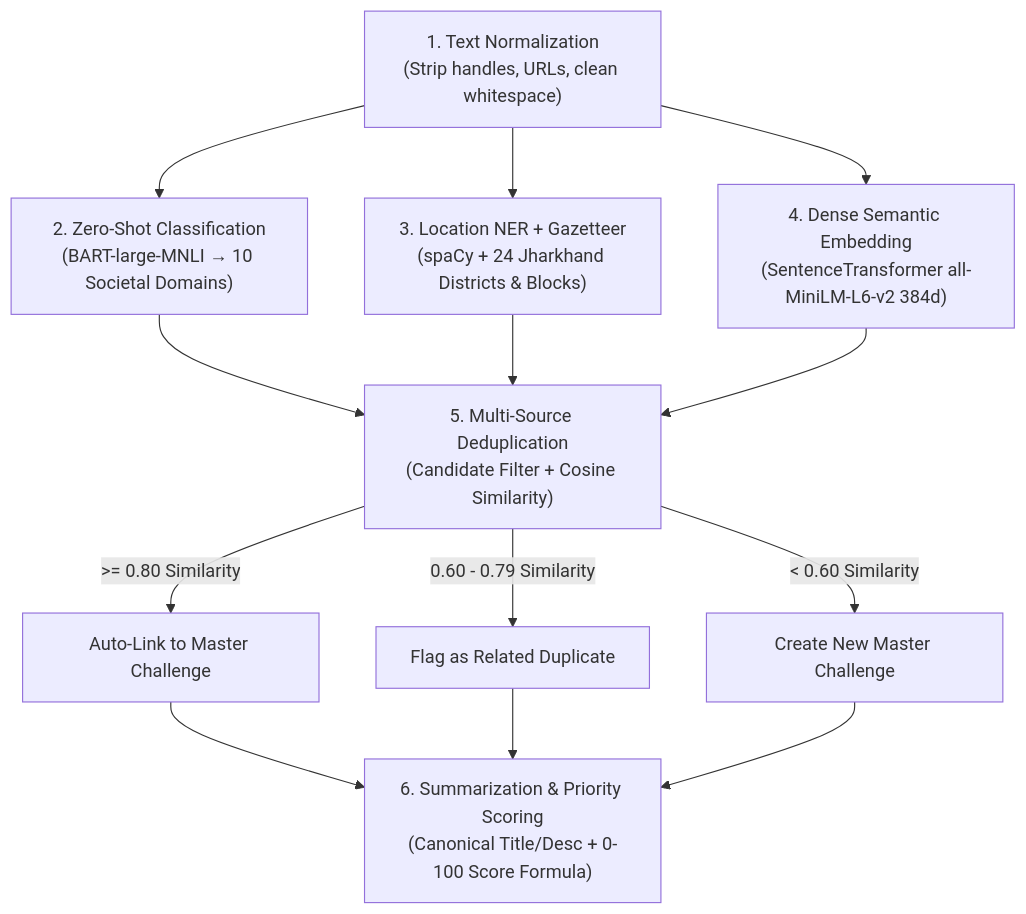
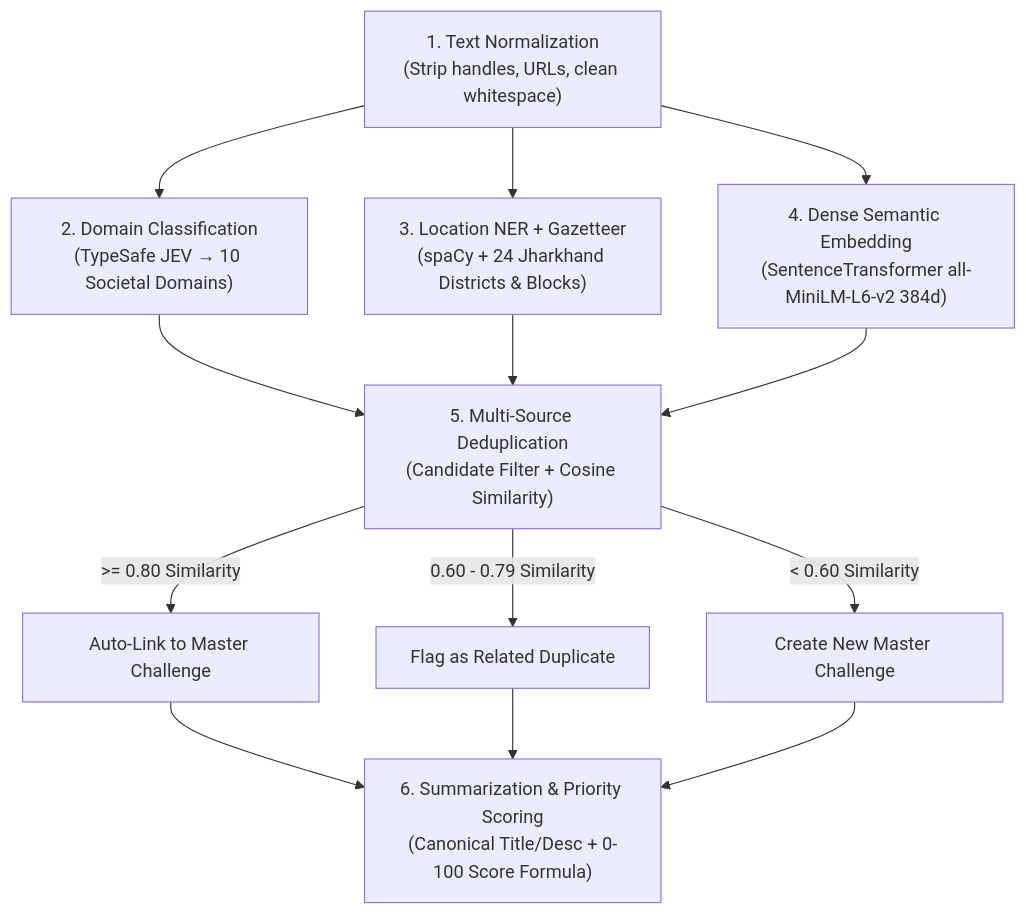
The second of 2 diagrams in docs/NLP_INGESTION_TO_DASHBOARD_INTEGRATION_GUIDE.md (AnjaliJha-23/IssueRouter-SIH-2026), drawn with Mermaid before and after one commit. The commit also changed 9 other files, not shown here.

````diff
--- a/docs/NLP_INGESTION_TO_DASHBOARD_INTEGRATION_GUIDE.md
+++ b/docs/NLP_INGESTION_TO_DASHBOARD_INTEGRATION_GUIDE.md
@@ -56,14 +56,14 @@
 ```mermaid
 flowchart TD
-    S1["1. Text Normalization\n(Strip handles, URLs, clean whitespace)"] --> S2["2. Zero-Shot Classification\n(BART-large-MNLI → 10 Societal Domains)"]
+    S1["1. Text Normalization\n(Strip handles, URLs, clean whitespace)"] --> S2["2. Domain Classification\n(TypeSafe JEV → 10 Societal Domains)"]
     S1 --> S3["3. Location NER + Gazetteer\n(spaCy + 24 Jharkhand Districts & Blocks)"]
     S1 --> S4["4. Dense Semantic Embedding\n(SentenceTransformer all-MiniLM-L6-v2 384d)"]
     
     S2 & S3 & S4 --> S5["5. Multi-Source Deduplication\n(Candidate Filter + Cosine Similarity)"]
     
     S5 -->|>= 0.80 Similarity| S5A["Auto-Link to Master Challenge"]
     S5 -->|0.60 - 0.79 Similarity| S5B["Flag as Related Duplicate"]
     S5 -->|< 0.60 Similarity| S5C["Create New Master Challenge"]
     
     S5A & S5B & S5C --> S6["6. Summarization & Priority Scoring\n(Canonical Title/Desc + 0-100 Score Formula)"]
 ```
````
